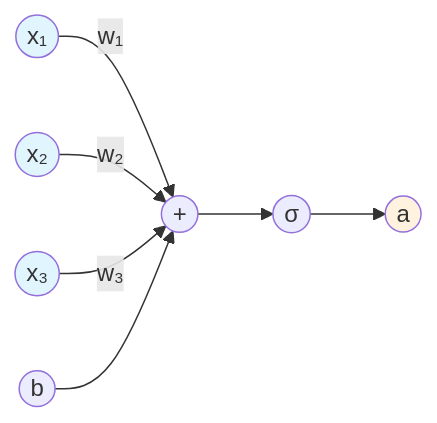
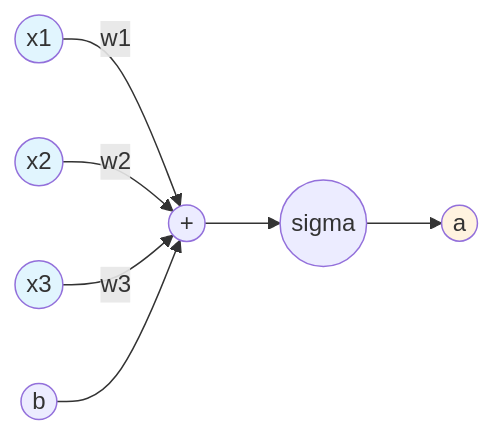
The third of 4 diagrams in docs/02-neural-networks.md (doge-liang/from-function-to-transformer), drawn with Mermaid before and after one commit. The commit also changed other lines of this file and 3 other files, not shown here.

First line of the commit message:
Fix mermaid special characters

````diff
--- a/docs/02-neural-networks.md
+++ b/docs/02-neural-networks.md
@@ -110,14 +110,14 @@
 ```mermaid
 graph LR
-    x1((x₁)) -->|"w₁"| sum1((+))
-    x2((x₂)) -->|"w₂"| sum1
-    x3((x₃)) -->|"w₃"| sum1
+    x1((x1)) -->|"w1"| sum1((+))
+    x2((x2)) -->|"w2"| sum1
+    x3((x3)) -->|"w3"| sum1
     b((b)) --> sum1
-    sum1 --> σ((σ))
-    σ --> a((a))
+    sum1 --> sigma((sigma))
+    sigma --> a((a))
 
     style x1 fill:#e1f5fe
     style x2 fill:#e1f5fe
     style x3 fill:#e1f5fe
     style a fill:#fff3e0
 ```
````
